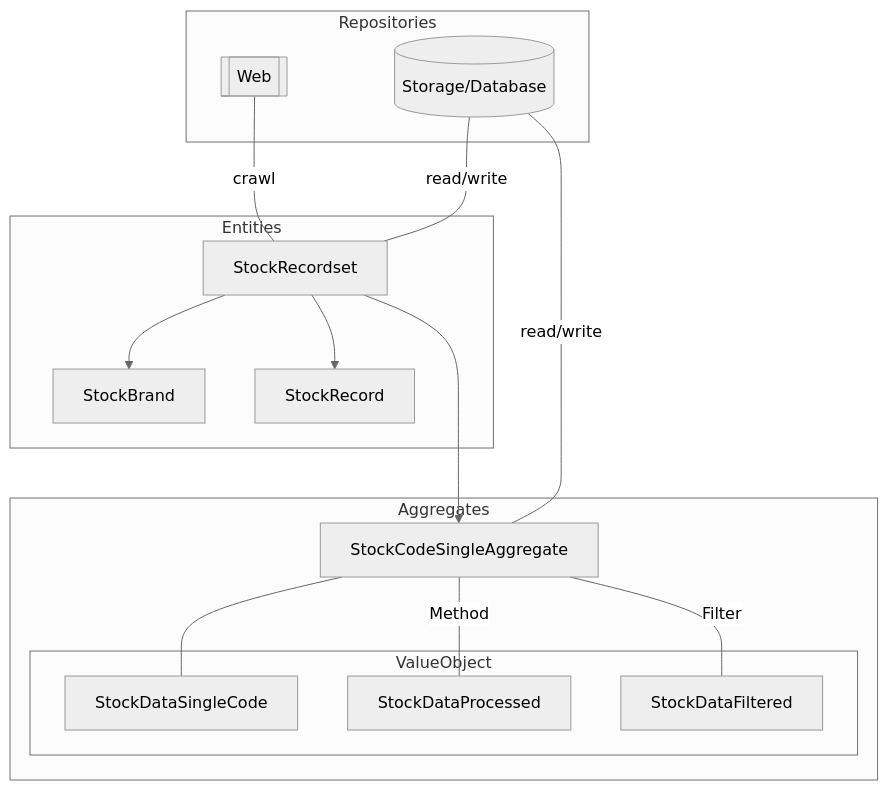
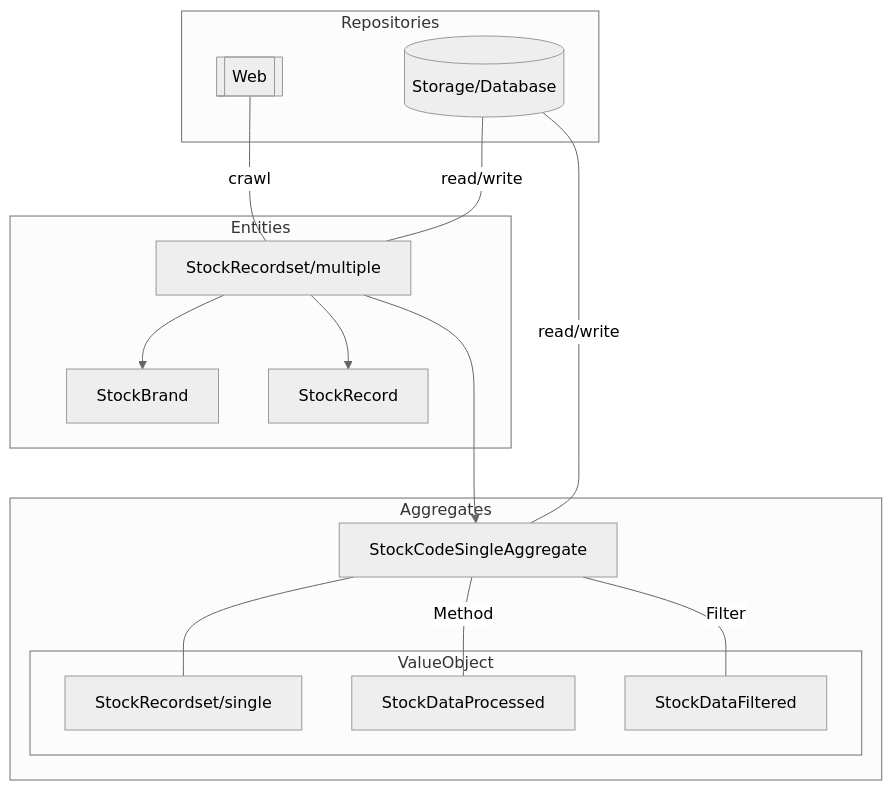
The diagram in README.md (gsy0911/kabutobashi), drawn with Mermaid (neutral theme) before and after one commit.

Commit message:
#115 modify README.md

````diff
--- a/README.md
+++ b/README.md
@@ -17,32 +17,32 @@
 ```mermaid
 graph TD;
   subgraph Aggregates
     aggregate[StockCodeSingleAggregate]
-    aggregate --- single
+    aggregate --- recordset_single
     aggregate --- |Method| processed
     aggregate --- |Filter| filtered
      
     subgraph ValueObject
-      single[StockDataSingleCode]
+      recordset_single[StockRecordset/single]
       processed[StockDataProcessed]
       filtered[StockDataFiltered]
     end
   end
   
   subgraph Entities
-    recordset[StockRecordset]
+    recordset[StockRecordset/multiple]
     brand[StockBrand]
     record[StockRecord]
     
     recordset --> brand
     recordset --> record
     recordset ---> aggregate
   end
 
   subgraph Repositories
     web[[Web]] --- | crawl | recordset
     repositories[(Storage/Database)] --- | read/write | recordset
     
     repositories --- | read/write | aggregate
   end
 ```
````
